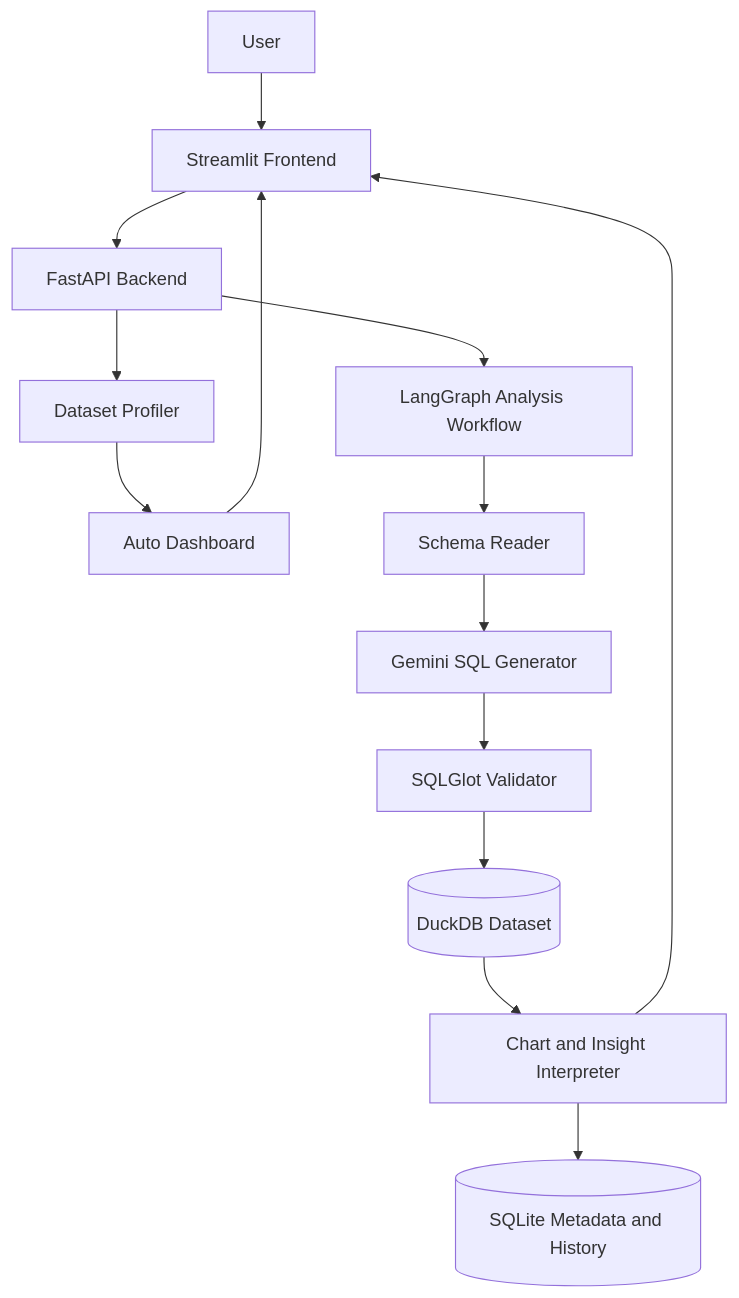
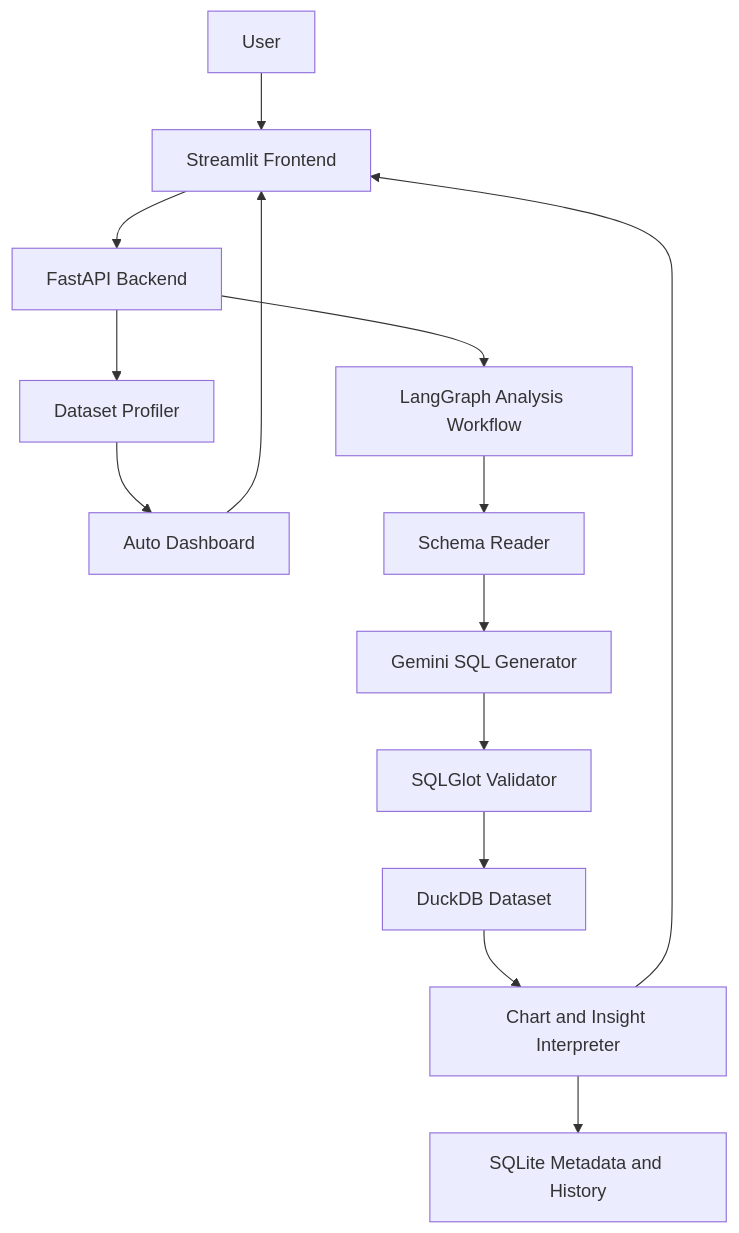
The diagram in README.md (safdarmunir/ai-sql-analyst-agent), drawn with Mermaid before and after one commit. The commit also changed other lines of this file, not shown here.

````diff
--- a/README.md
+++ b/README.md
@@ -41,16 +91,16 @@
 ```mermaid
 flowchart TD
-    U[User] --> S[Streamlit Frontend]
-    S --> API[FastAPI Backend]
-    API --> DP[Dataset Profiler]
-    DP --> AD[Auto Dashboard]
-    API --> G[LangGraph Analysis Workflow]
-    G --> SR[Schema Reader]
-    SR --> SG[Gemini SQL Generator]
-    SG --> V[SQLGlot Validator]
-    V --> D[(DuckDB Dataset)]
-    D --> RI[Chart and Insight Interpreter]
-    RI --> H[(SQLite Metadata and History)]
+    U["User"] --> S["Streamlit Frontend"]
+    S --> API["FastAPI Backend"]
+    API --> DP["Dataset Profiler"]
+    DP --> AD["Auto Dashboard"]
+    API --> G["LangGraph Analysis Workflow"]
+    G --> SR["Schema Reader"]
+    SR --> SG["Gemini SQL Generator"]
+    SG --> V["SQLGlot Validator"]
+    V --> D["DuckDB Dataset"]
+    D --> RI["Chart and Insight Interpreter"]
+    RI --> H["SQLite Metadata and History"]
     AD --> S
     RI --> S
 ```
````
